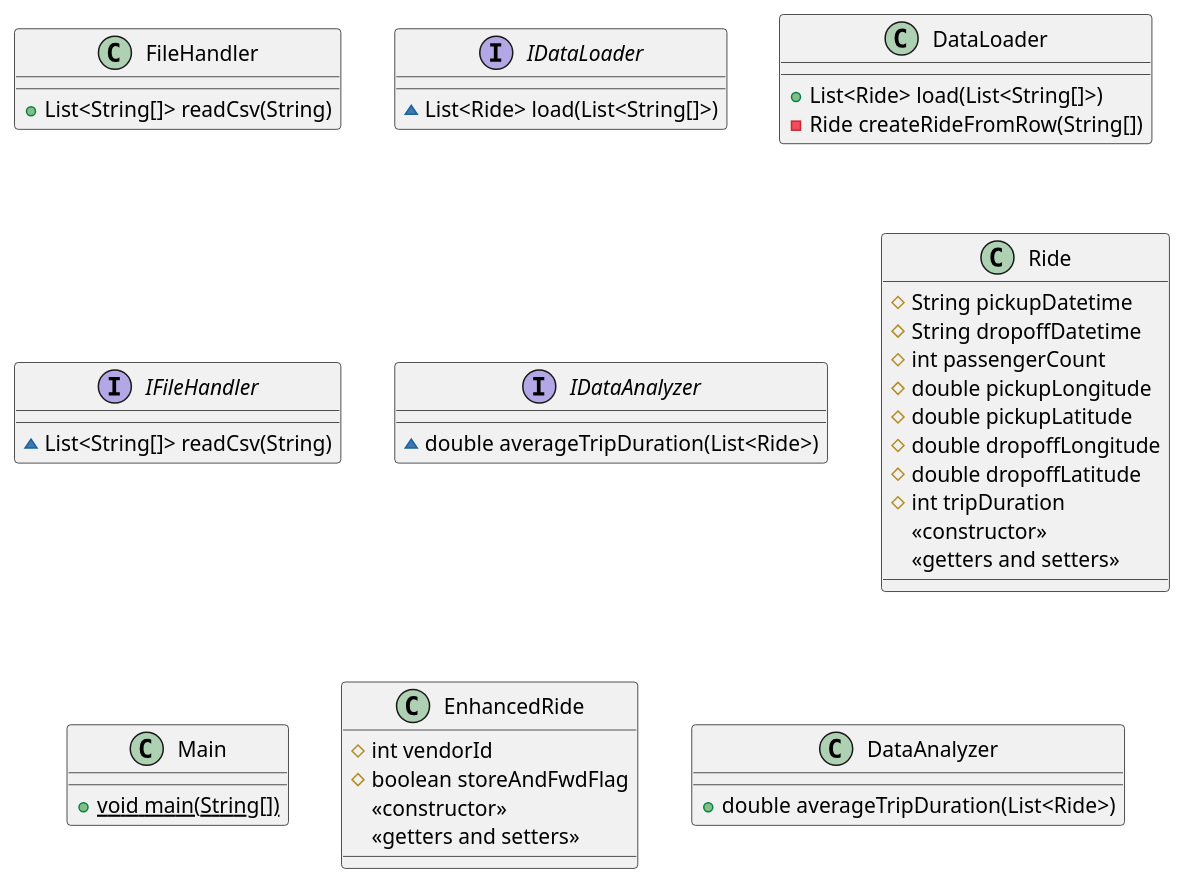
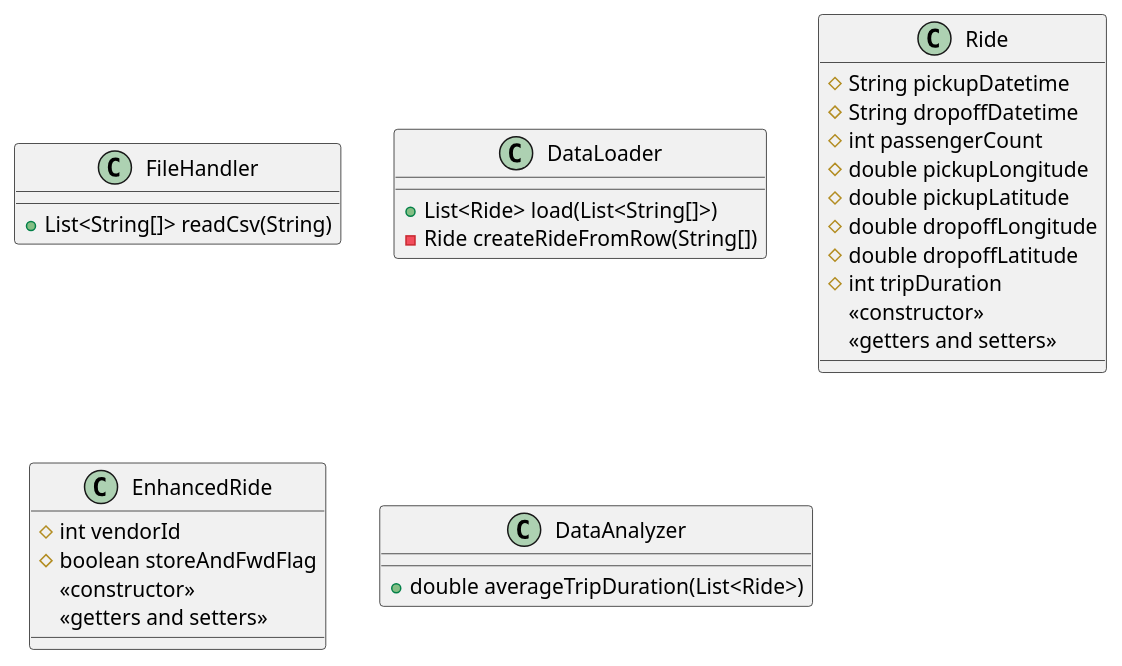
The diagram in ENSF 607/assignments/NYC/del_me.puml (chvaldez10/ENSF-607-608), drawn with PlantUML before and after one commit. The commit also changed 4 other files, not shown here.

```diff
--- a/ENSF 607/assignments/NYC/del_me.puml
+++ b/ENSF 607/assignments/NYC/del_me.puml
@@ -1,51 +1,35 @@
 @startuml
 class FileHandler {
 + List<String[]> readCsv(String)
 }
 
-interface IDataLoader {
-~ List<Ride> load(List<String[]>)
-}
-
 class DataLoader {
 + List<Ride> load(List<String[]>)
 - Ride createRideFromRow(String[])
-}
-
-interface IFileHandler {
-~ List<String[]> readCsv(String)
-}
-
-interface IDataAnalyzer {
-~ double averageTripDuration(List<Ride>)
 }
 
 class Ride {
 # String pickupDatetime
 # String dropoffDatetime
 # int passengerCount
 # double pickupLongitude
 # double pickupLatitude
 # double dropoffLongitude
 # double dropoffLatitude
 # int tripDuration
 <<constructor>>
 <<getters and setters>>
 }
 
-class Main {
-+ {static} void main(String[])
-}
-
 class EnhancedRide {
 # int vendorId
 # boolean storeAndFwdFlag
 <<constructor>>
 <<getters and setters>>
 }
 
 class DataAnalyzer {
 + double averageTripDuration(List<Ride>)
 }
 
 @enduml
```
